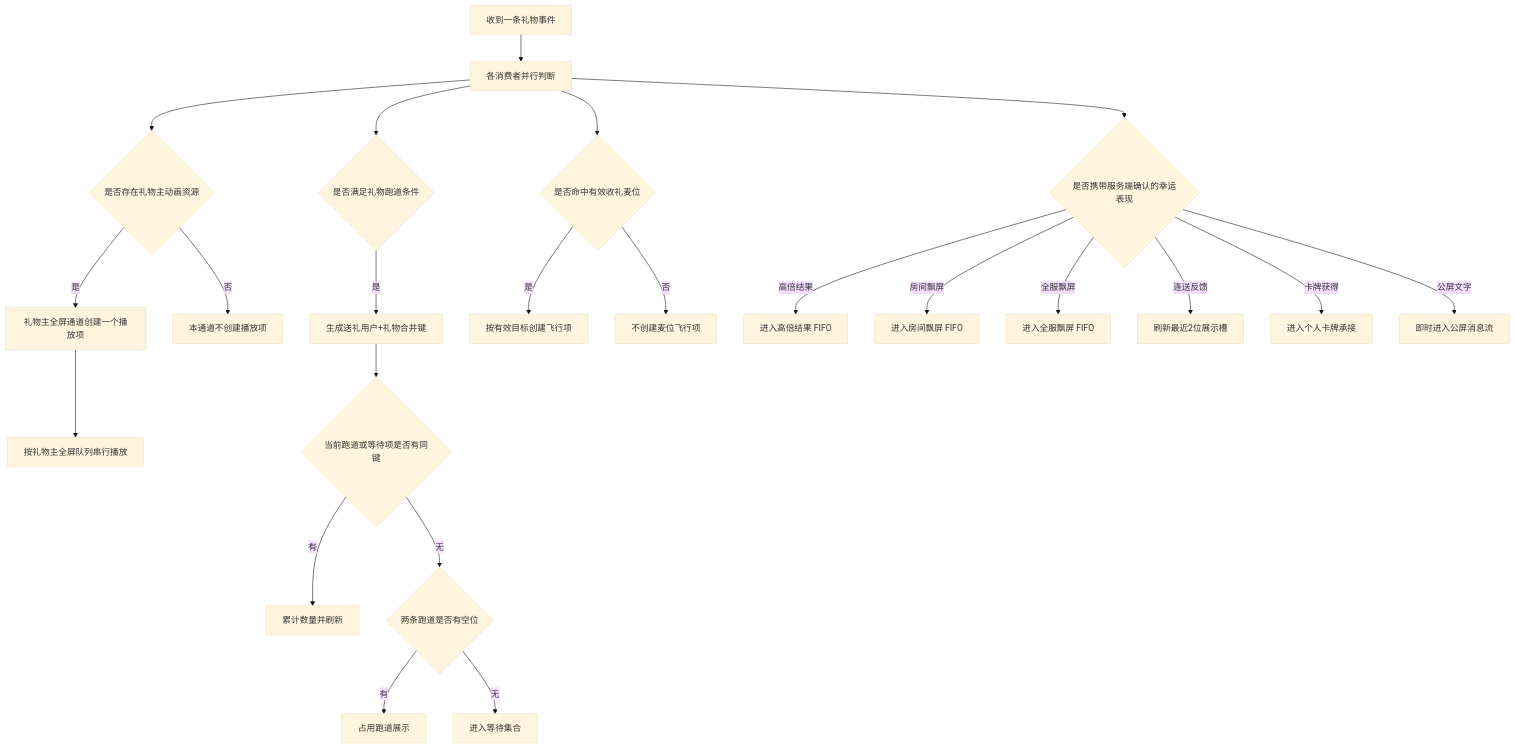
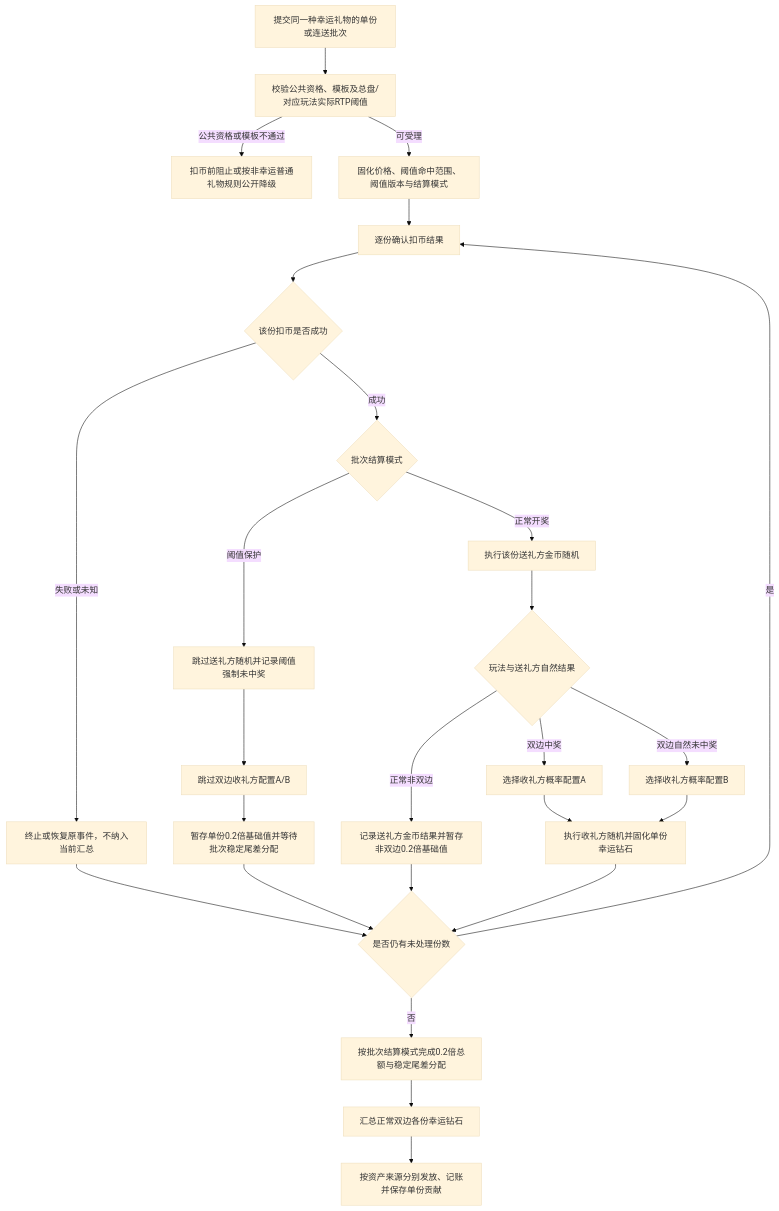
The second of 7 diagrams in 幸运礼物1.0_核心逻辑需求文档.md (kocekid/LuckGift1.0), drawn with Mermaid (base theme) before and after one commit. The commit also changed other lines of this file, not shown here.

````diff
--- a/幸运礼物1.0_核心逻辑需求文档.md
+++ b/幸运礼物1.0_核心逻辑需求文档.md
@@ -626,29 +191,28 @@
 ```mermaid
 flowchart TD
-    A[收到一条礼物事件] --> B[各消费者并行判断]
-
-    B --> C1{是否存在礼物主动画资源}
-    C1 -->|是| D1[礼物主全屏通道创建一个播放项]
-    D1 --> E1[按礼物主全屏队列串行播放]
-    C1 -->|否| F1[本通道不创建播放项]
-
-    B --> C2{是否满足礼物跑道条件}
-    C2 -->|是| D2[生成送礼用户+礼物合并键]
-    D2 --> E2{当前跑道或等待项是否有同键}
-    E2 -->|有| F2[累计数量并刷新]
-    E2 -->|无| G2{两条跑道是否有空位}
-    G2 -->|有| H2[占用跑道展示]
-    G2 -->|无| I2[进入等待集合]
-
-    B --> C3{是否命中有效收礼麦位}
-    C3 -->|是| D3[按有效目标创建飞行项]
-    C3 -->|否| F3[不创建麦位飞行项]
-
-    B --> C4{是否携带服务端确认的幸运表现}
-    C4 -->|高倍结果| D4[进入高倍结果 FIFO]
-    C4 -->|房间飘屏| E4[进入房间飘屏 FIFO]
-    C4 -->|全服飘屏| F4[进入全服飘屏 FIFO]
-    C4 -->|连送反馈| G4[刷新最近2位展示槽]
-    C4 -->|卡牌获得| H4[进入个人卡牌承接]
-    C4 -->|公屏文字| I4[即时进入公屏消息流]
+    A[提交同一种幸运礼物的单份或连送批次] --> B[校验公共资格、模板及总盘/对应玩法实际RTP阈值]
+    B -->|公共资格或模板不通过| C[扣币前阻止或按非幸运普通礼物规则公开降级]
+    B -->|可受理| D[固化价格、阈值命中范围、阈值版本与结算模式]
+    D --> E[逐份确认扣币结果]
+    E --> F{该份扣币是否成功}
+    F -->|失败或未知| G[终止或恢复原事件，不纳入当前汇总]
+    F -->|成功| H{批次结算模式}
+    H -->|阈值保护| I[跳过送礼方随机并记录阈值强制未中奖]
+    I --> J[跳过双边收礼方配置A/B]
+    J --> K[暂存单份0.2倍基础值并等待批次稳定尾差分配]
+    H -->|正常开奖| L[执行该份送礼方金币随机]
+    L --> M{玩法与送礼方自然结果}
+    M -->|正常非双边| N[记录送礼方金币结果并暂存非双边0.2倍基础值]
+    M -->|双边中奖| O[选择收礼方概率配置A]
+    M -->|双边自然未中奖| P[选择收礼方概率配置B]
+    O --> Q[执行收礼方随机并固化单份幸运钻石]
+    P --> Q
+    G --> R{是否仍有未处理份数}
+    K --> R
+    N --> R
+    Q --> R
+    R -->|是| E
+    R -->|否| S[按批次结算模式完成0.2倍总额与稳定尾差分配]
+    S --> T[汇总正常双边各份幸运钻石]
+    T --> U[按资产来源分别发放、记账并保存单份贡献]
 ```
````
